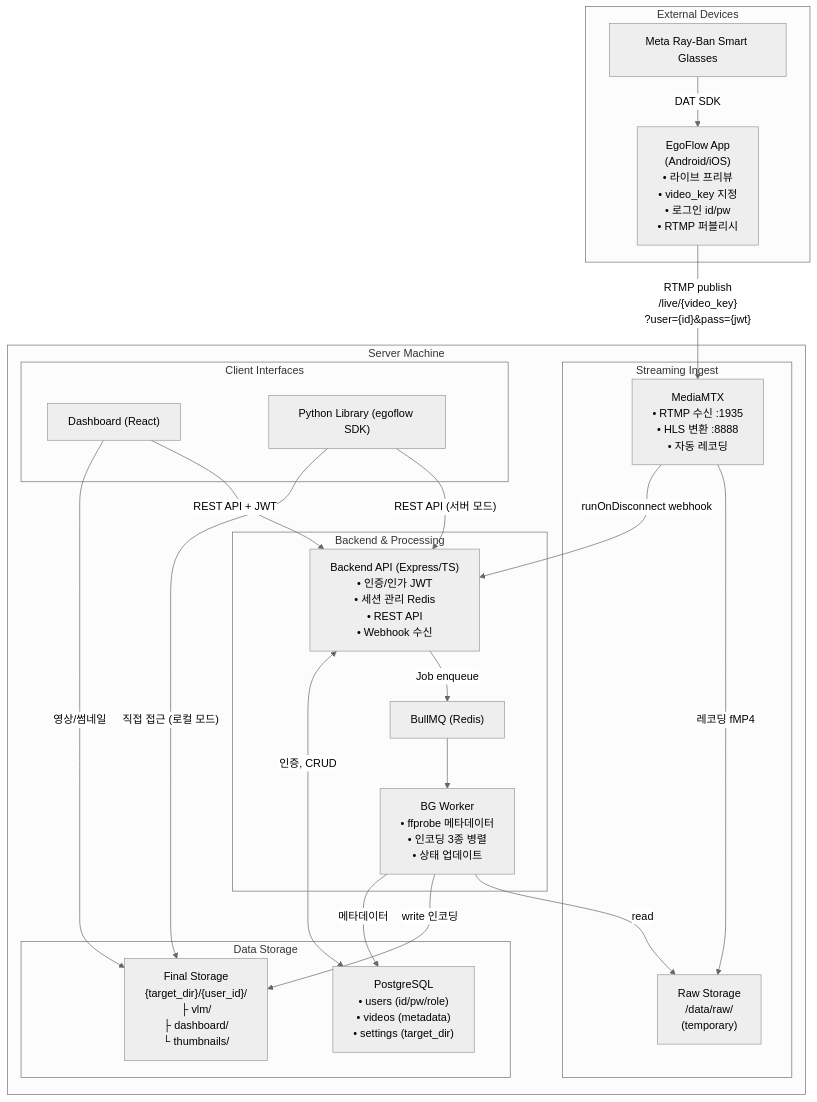
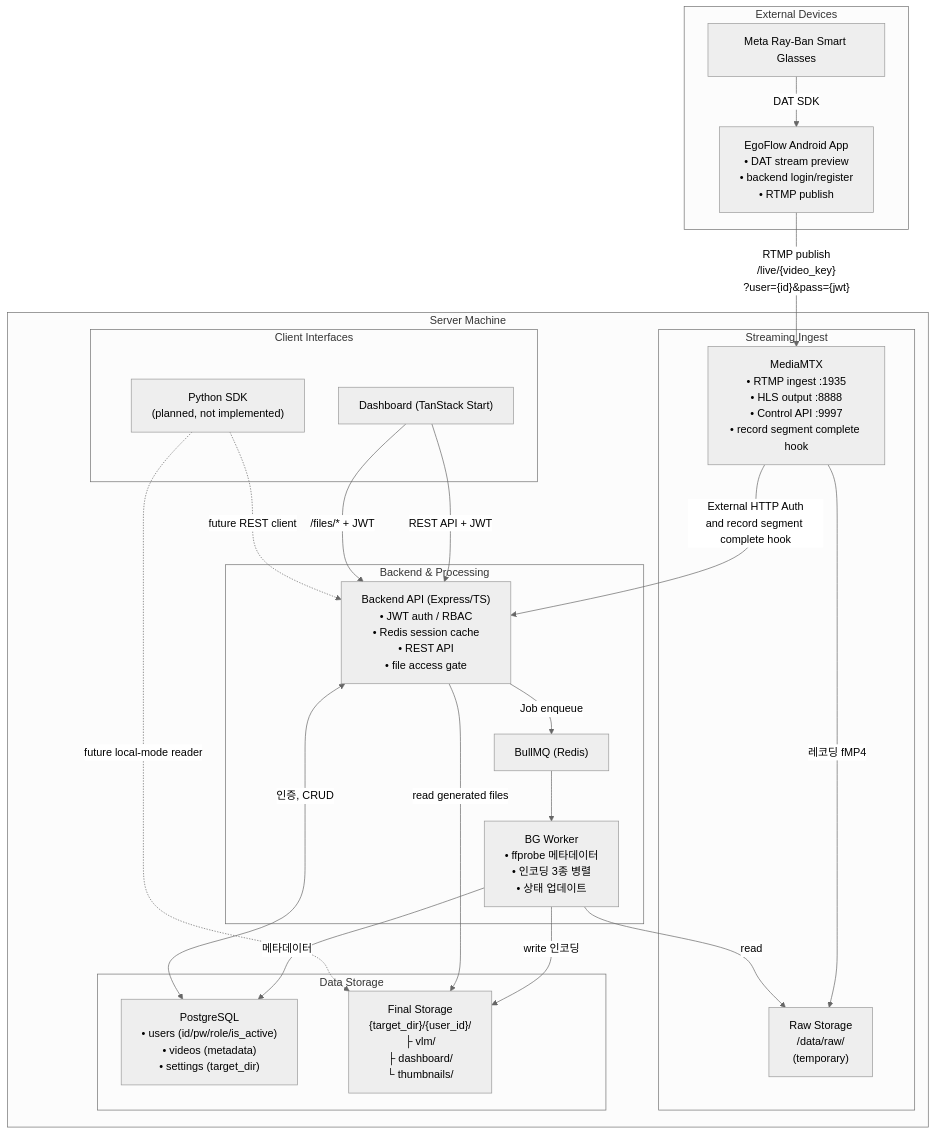
Before and after one commit to ego-flow/ego-flow-server: the first of 2 diagrams in guide/EgoFlow_IMPLEMENTATION_GUIDE.md, drawn with Mermaid (neutral theme). The commit also changed other lines of this file and 47 other files, not shown here.

````diff
--- a/guide/EgoFlow_IMPLEMENTATION_GUIDE.md
+++ b/guide/EgoFlow_IMPLEMENTATION_GUIDE.md
@@ -131,45 +150,46 @@
 ```mermaid
 flowchart TD
     subgraph External["External Devices"]
         Glasses["Meta Ray-Ban Smart Glasses"]
-        App["EgoFlow App<br/>(Android/iOS)<br/>• 라이브 프리뷰<br/>• video_key 지정<br/>• 로그인 id/pw<br/>• RTMP 퍼블리시"]
+        App["EgoFlow Android App<br/>• DAT stream preview<br/>• backend login/register<br/>• RTMP publish"]
     end
 
     subgraph Server["Server Machine"]
         subgraph Ingest["Streaming Ingest"]
-            MediaMTX["MediaMTX<br/>• RTMP 수신 :1935<br/>• HLS 변환 :8888<br/>• 자동 레코딩"]
+            MediaMTX["MediaMTX<br/>• RTMP ingest :1935<br/>• HLS output :8888<br/>• Control API :9997<br/>• record segment complete hook"]
             RawStorage["Raw Storage<br/>/data/raw/<br/>(temporary)"]
         end
 
         subgraph Processing["Backend & Processing"]
-            Backend["Backend API (Express/TS)<br/>• 인증/인가 JWT<br/>• 세션 관리 Redis<br/>• REST API<br/>• Webhook 수신"]
+            Backend["Backend API (Express/TS)<br/>• JWT auth / RBAC<br/>• Redis session cache<br/>• REST API<br/>• file access gate"]
             BullMQ["BullMQ (Redis)"]
             Worker["BG Worker<br/>• ffprobe 메타데이터<br/>• 인코딩 3종 병렬<br/>• 상태 업데이트"]
         end
 
         subgraph Storage["Data Storage"]
-            PostgreSQL["PostgreSQL<br/>• users (id/pw/role)<br/>• videos (metadata)<br/>• settings (target_dir)"]
+            PostgreSQL["PostgreSQL<br/>• users (id/pw/role/is_active)<br/>• videos (metadata)<br/>• settings (target_dir)"]
             FinalStorage["Final Storage<br/>{target_dir}/{user_id}/<br/>├ vlm/<br/>├ dashboard/<br/>└ thumbnails/"]
         end
 
         subgraph Clients["Client Interfaces"]
-            Dashboard["Dashboard (React)"]
-            PythonLib["Python Library (egoflow SDK)"]
+            Dashboard["Dashboard (TanStack Start)"]
+            PythonLib["Python SDK<br/>(planned, not implemented)"]
         end
     end
 
     Glasses -- "DAT SDK" --> App
     App -- "RTMP publish<br/>/live/{video_key}<br/>?user={id}&pass={jwt}" --> MediaMTX
     MediaMTX -- "레코딩 fMP4" --> RawStorage
-    MediaMTX -- "runOnDisconnect webhook" --> Backend
+    MediaMTX -- "External HTTP Auth<br/>and record segment complete hook" --> Backend
     Backend -- "Job enqueue" --> BullMQ
     BullMQ --> Worker
     Worker -- "read" --> RawStorage
     Worker -- "write 인코딩" --> FinalStorage
     Worker -- "메타데이터" --> PostgreSQL
     Backend <-- "인증, CRUD" --> PostgreSQL
     Dashboard -- "REST API + JWT" --> Backend
-    Dashboard -- "영상/썸네일" --> FinalStorage
-    PythonLib -- "REST API (서버 모드)" --> Backend
-    PythonLib -- "직접 접근 (로컬 모드)" --> FinalStorage
+    Dashboard -- "/files/* + JWT" --> Backend
+    Backend -- "read generated files" --> FinalStorage
+    PythonLib -. "future REST client" .-> Backend
+    PythonLib -. "future local-mode reader" .-> FinalStorage
 ```
````
